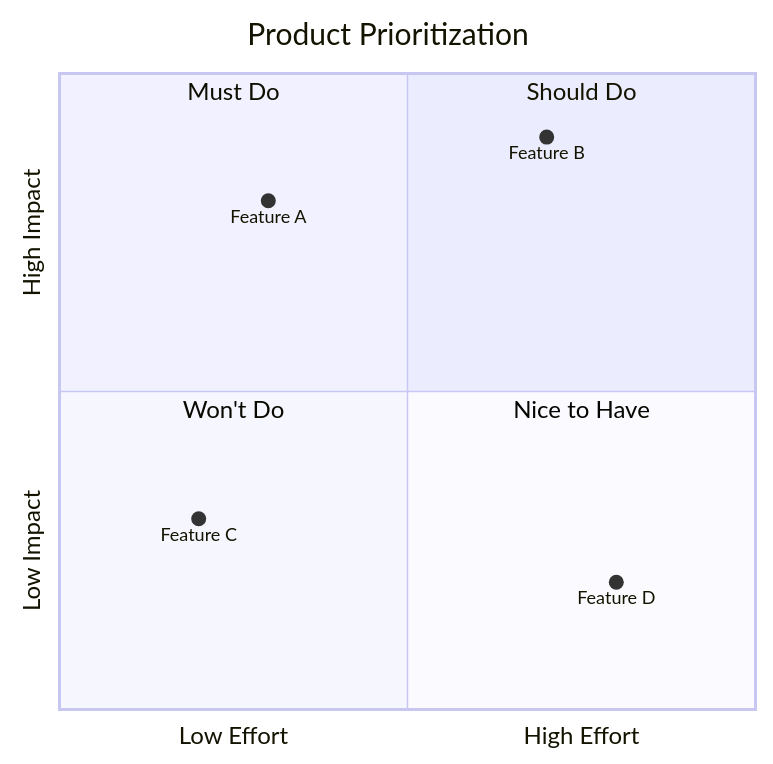
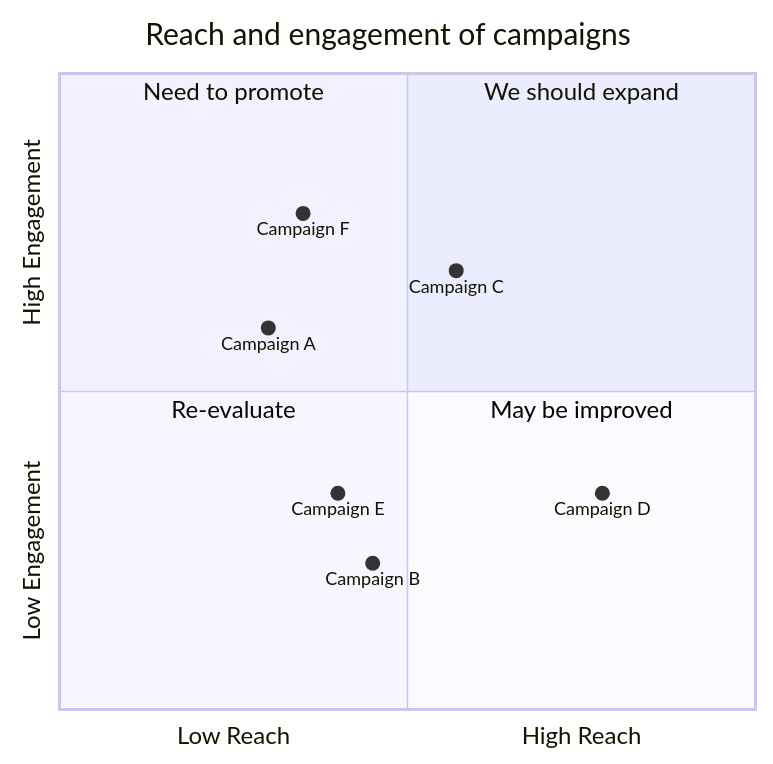
Before and after one commit to teachingai/full-stack-skills: the first of 4 diagrams in skills/mermaid/examples/quadrant.md, drawn with Mermaid. The commit also changed other lines of this file and 21 other files, not shown here.

First line of the commit message:
docs(mermaid): 更新架构、块、C4和类图示例文档

````diff
--- a/skills/mermaid/examples/quadrant.md
+++ b/skills/mermaid/examples/quadrant.md
@@ -24,14 +28,16 @@
 ```mermaid
 quadrantChart
-    title Product Prioritization
-    x-axis Low Effort --> High Effort
-    y-axis Low Impact --> High Impact
-    quadrant-1 Should Do
-    quadrant-2 Must Do
-    quadrant-3 Won't Do
-    quadrant-4 Nice to Have
-    Feature A: [0.3, 0.8]
-    Feature B: [0.7, 0.9]
-    Feature C: [0.2, 0.3]
-    Feature D: [0.8, 0.2]
+    title Reach and engagement of campaigns
+    x-axis Low Reach --> High Reach
+    y-axis Low Engagement --> High Engagement
+    quadrant-1 We should expand
+    quadrant-2 Need to promote
+    quadrant-3 Re-evaluate
+    quadrant-4 May be improved
+    Campaign A: [0.3, 0.6]
+    Campaign B: [0.45, 0.23]
+    Campaign C: [0.57, 0.69]
+    Campaign D: [0.78, 0.34]
+    Campaign E: [0.40, 0.34]
+    Campaign F: [0.35, 0.78]
 ```
````
